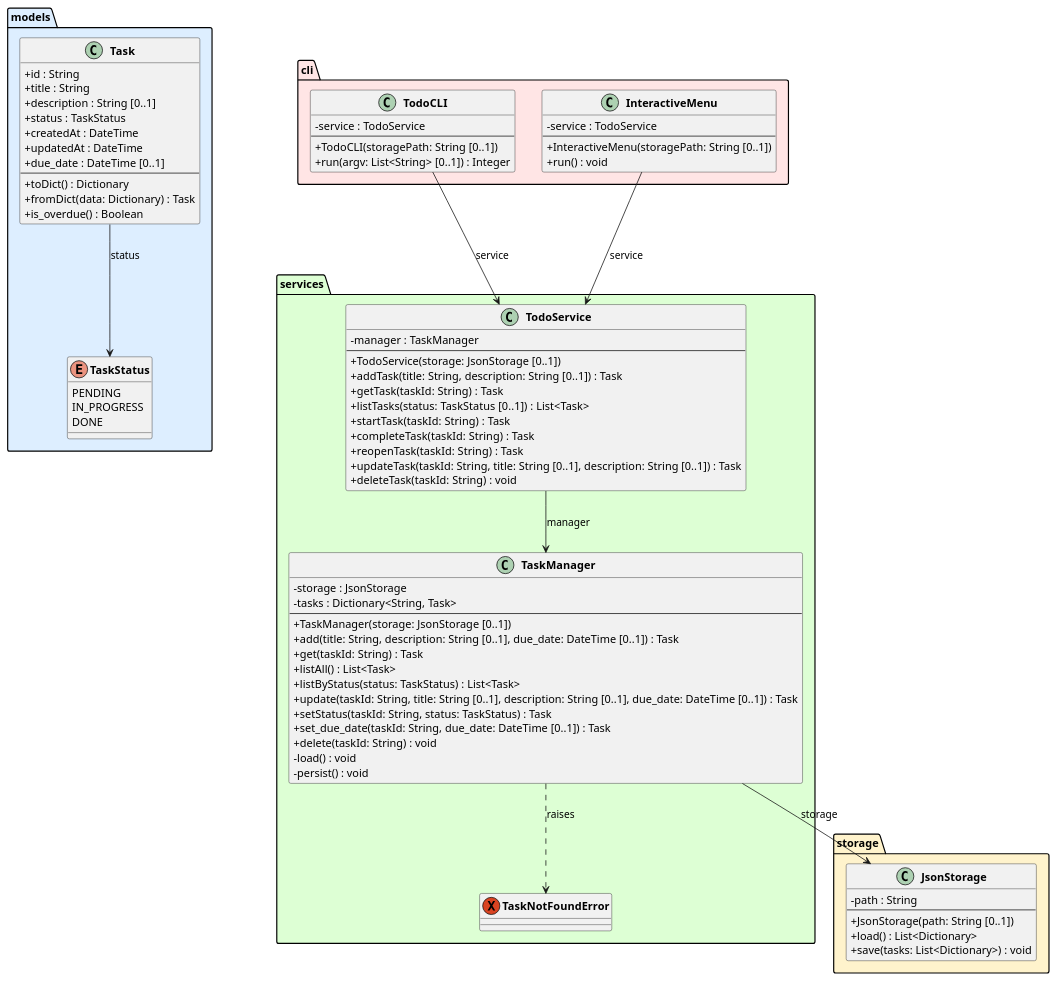
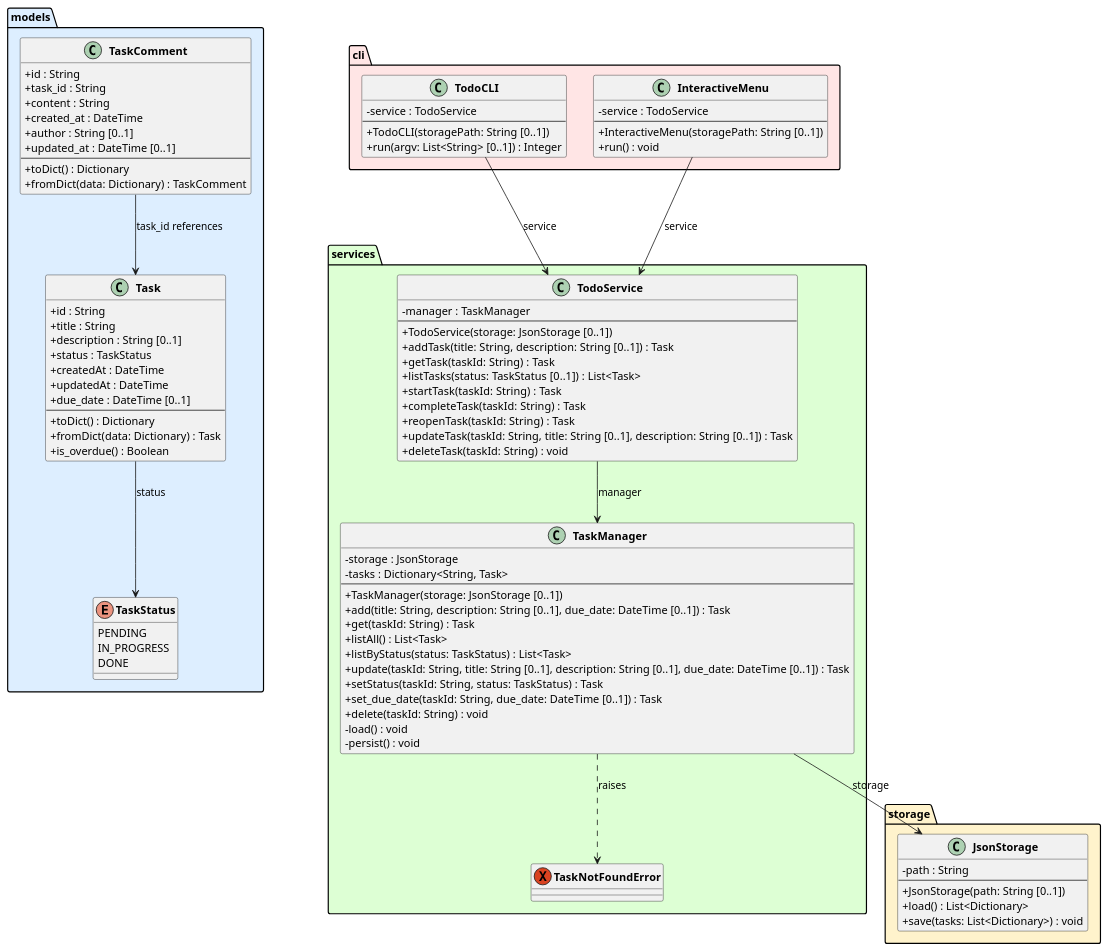
Before and after one commit to DanielRiha8906/Software_autoevolution_using_agents: the diagram in experiments/supervisor_as_tools/structured_text/TODO/artifacts/class_diagram.puml, drawn with PlantUML. The commit also changed 5 other files, not shown here.

```diff
--- a/experiments/supervisor_as_tools/structured_text/TODO/artifacts/class_diagram.puml
+++ b/experiments/supervisor_as_tools/structured_text/TODO/artifacts/class_diagram.puml
@@ -1,96 +1,109 @@
 @startuml class_diagram
 
 skinparam classAttributeIconSize 0
 skinparam classFontStyle bold
 
 package "models" #DDEEFF {
     enum TaskStatus {
         PENDING
         IN_PROGRESS
         DONE
     }
 
     class Task {
         +id : String
         +title : String
         +description : String [0..1]
         +status : TaskStatus
         +createdAt : DateTime
         +updatedAt : DateTime
         +due_date : DateTime [0..1]
         --
         +toDict() : Dictionary
         +fromDict(data: Dictionary) : Task
         +is_overdue() : Boolean
+    }
+
+    class TaskComment {
+        +id : String
+        +task_id : String
+        +content : String
+        +created_at : DateTime
+        +author : String [0..1]
+        +updated_at : DateTime [0..1]
+        --
+        +toDict() : Dictionary
+        +fromDict(data: Dictionary) : TaskComment
     }
 }
 
 package "storage" #FFF3CC {
     class JsonStorage {
         -path : String
         --
         +JsonStorage(path: String [0..1])
         +load() : List<Dictionary>
         +save(tasks: List<Dictionary>) : void
     }
 }
 
 package "services" #DDFFD4 {
     exception TaskNotFoundError
 
     class TaskManager {
         -storage : JsonStorage
         -tasks : Dictionary<String, Task>
         --
         +TaskManager(storage: JsonStorage [0..1])
         +add(title: String, description: String [0..1], due_date: DateTime [0..1]) : Task
         +get(taskId: String) : Task
         +listAll() : List<Task>
         +listByStatus(status: TaskStatus) : List<Task>
         +update(taskId: String, title: String [0..1], description: String [0..1], due_date: DateTime [0..1]) : Task
         +setStatus(taskId: String, status: TaskStatus) : Task
         +set_due_date(taskId: String, due_date: DateTime [0..1]) : Task
         +delete(taskId: String) : void
         -load() : void
         -persist() : void
     }
 
     class TodoService {
         -manager : TaskManager
         --
         +TodoService(storage: JsonStorage [0..1])
         +addTask(title: String, description: String [0..1]) : Task
         +getTask(taskId: String) : Task
         +listTasks(status: TaskStatus [0..1]) : List<Task>
         +startTask(taskId: String) : Task
         +completeTask(taskId: String) : Task
         +reopenTask(taskId: String) : Task
         +updateTask(taskId: String, title: String [0..1], description: String [0..1]) : Task
         +deleteTask(taskId: String) : void
     }
 }
 
 package "cli" #FFE5E5 {
     class TodoCLI {
         -service : TodoService
         --
         +TodoCLI(storagePath: String [0..1])
         +run(argv: List<String> [0..1]) : Integer
     }
 
     class InteractiveMenu {
         -service : TodoService
         --
         +InteractiveMenu(storagePath: String [0..1])
         +run() : void
     }
 }
 
 Task --> TaskStatus : status
+TaskComment --> Task : task_id references
 TaskManager --> JsonStorage : storage
 TaskManager ..> TaskNotFoundError : raises
 TodoService --> TaskManager : manager
 TodoCLI --> TodoService : service
 InteractiveMenu --> TodoService : service
 
 @enduml
```
